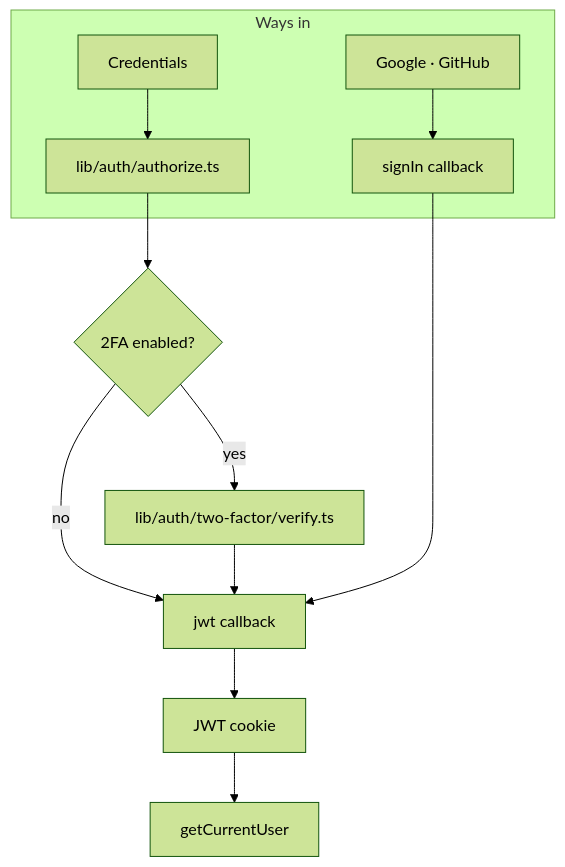
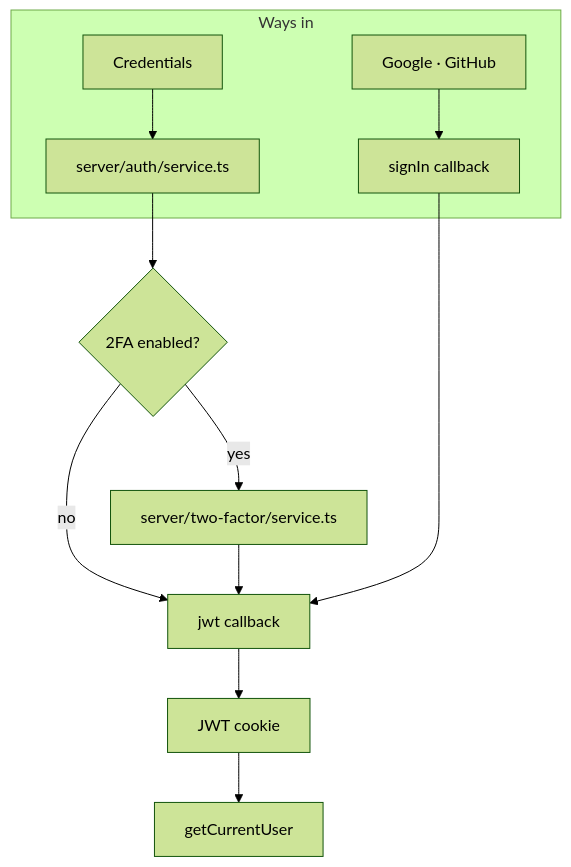
Before and after one commit to algusaem/buycarmap: the sixth of 6 diagrams in docs/ARCHITECTURE.md, drawn with Mermaid (forest theme). The commit also changed other lines of this file and 178 other files, not shown here.

````diff
--- a/docs/ARCHITECTURE.md
+++ b/docs/ARCHITECTURE.md
@@ -488,14 +494,14 @@
 ```mermaid
 flowchart TB
     subgraph entry [Ways in]
-        C[Credentials] --> AZ[lib/auth/authorize.ts]
+        C[Credentials] --> AZ[server/auth/service.ts]
         O[Google · GitHub] --> SI[signIn callback]
     end
     AZ --> TF{2FA enabled?}
-    TF -->|yes| V[lib/auth/two-factor/verify.ts]
+    TF -->|yes| V[server/two-factor/service.ts]
     TF -->|no| J[jwt callback]
     V --> J
     SI --> J
     J --> S[JWT cookie]
     S --> GU[getCurrentUser]
 ```
````
